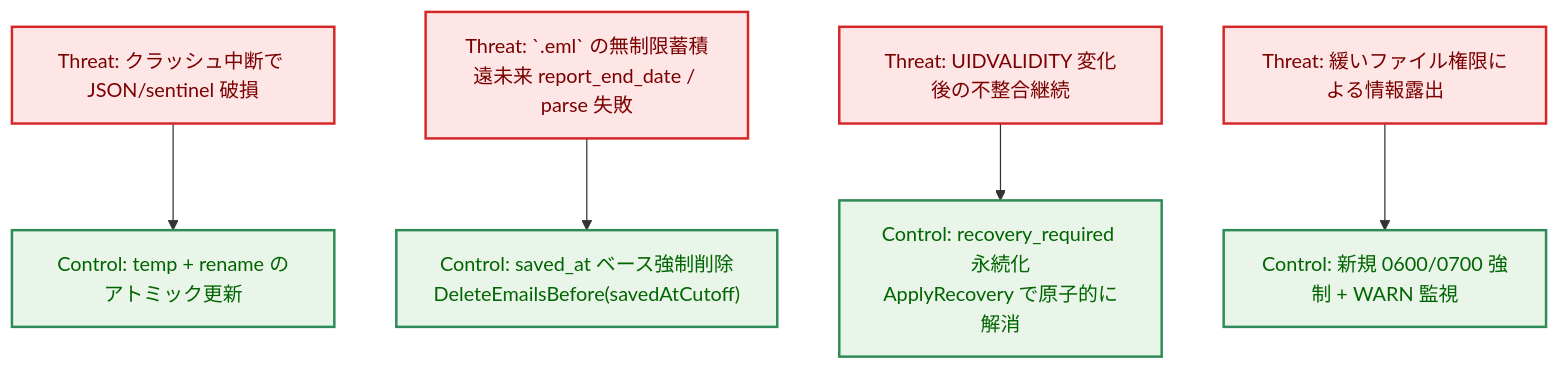
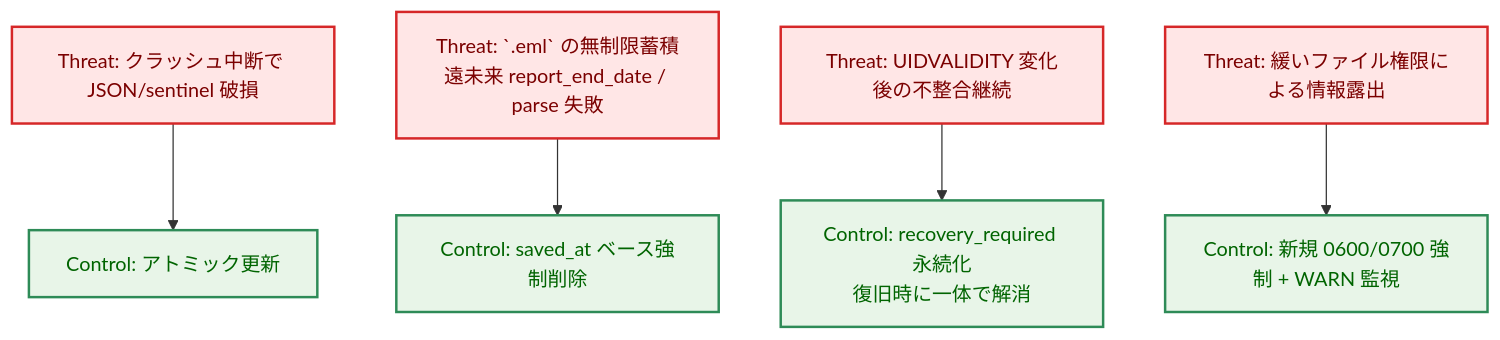
Before and after one commit to isseis/tlsrpt-digest: the sixth of 15 diagrams in docs/tasks/0040_store/02_architecture.md, drawn with Mermaid. The commit also changed other lines of this file, not shown here.

First line of the commit message:
docs(task 0040): refine store architecture design

````diff
--- a/docs/tasks/0040_store/02_architecture.md
+++ b/docs/tasks/0040_store/02_architecture.md
@@ -318,15 +330,15 @@
 ```mermaid
 flowchart TD
     classDef data fill:#e6f7ff,stroke:#1f77b4,stroke-width:1px,color:#0b3d91;
     classDef process fill:#fff1e6,stroke:#ff7f0e,stroke-width:1px,color:#8a3e00;
     classDef enhanced fill:#e8f5e8,stroke:#2e8b57,stroke-width:2px,color:#006400;
     classDef problem fill:#ffe6e6,stroke:#d62728,stroke-width:2px,color:#7b0000;
 
-    T1["Threat: クラッシュ中断で JSON/sentinel 破損"] --> C1["Control: temp + rename のアトミック更新"]
-    T2["Threat: `.eml` の無制限蓄積<br>遠未来 report_end_date / parse 失敗"] --> C2["Control: saved_at ベース強制削除<br>DeleteEmailsBefore(savedAtCutoff)"]
-    T3["Threat: UIDVALIDITY 変化後の不整合継続"] --> C3["Control: recovery_required 永続化<br>ApplyRecovery で原子的に解消"]
+    T1["Threat: クラッシュ中断で JSON/sentinel 破損"] --> C1["Control: アトミック更新"]
+    T2["Threat: `.eml` の無制限蓄積<br>遠未来 report_end_date / parse 失敗"] --> C2["Control: saved_at ベース強制削除"]
+    T3["Threat: UIDVALIDITY 変化後の不整合継続"] --> C3["Control: recovery_required 永続化<br>復旧時に一体で解消"]
     T4["Threat: 緩いファイル権限による情報露出"] --> C4["Control: 新規 0600/0700 強制 + WARN 監視"]
 
     class C1,C2,C3,C4 enhanced
     class T1,T2,T3,T4 problem
 ```
````
